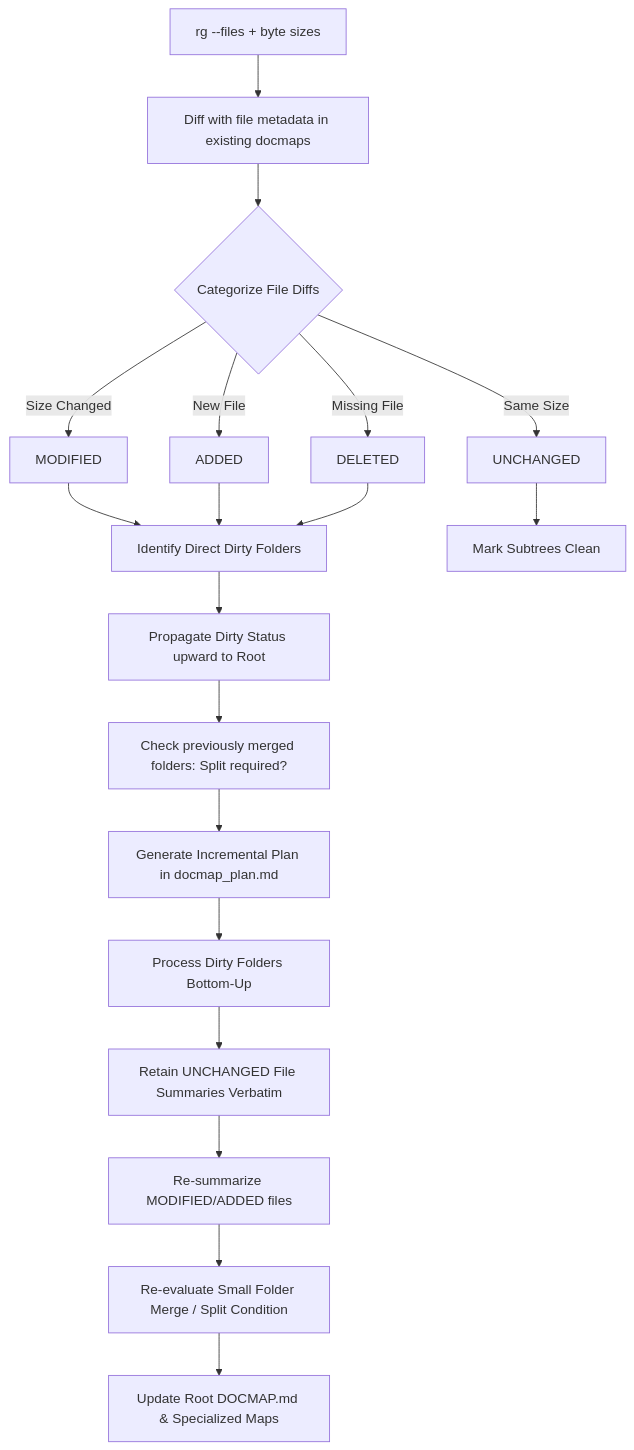
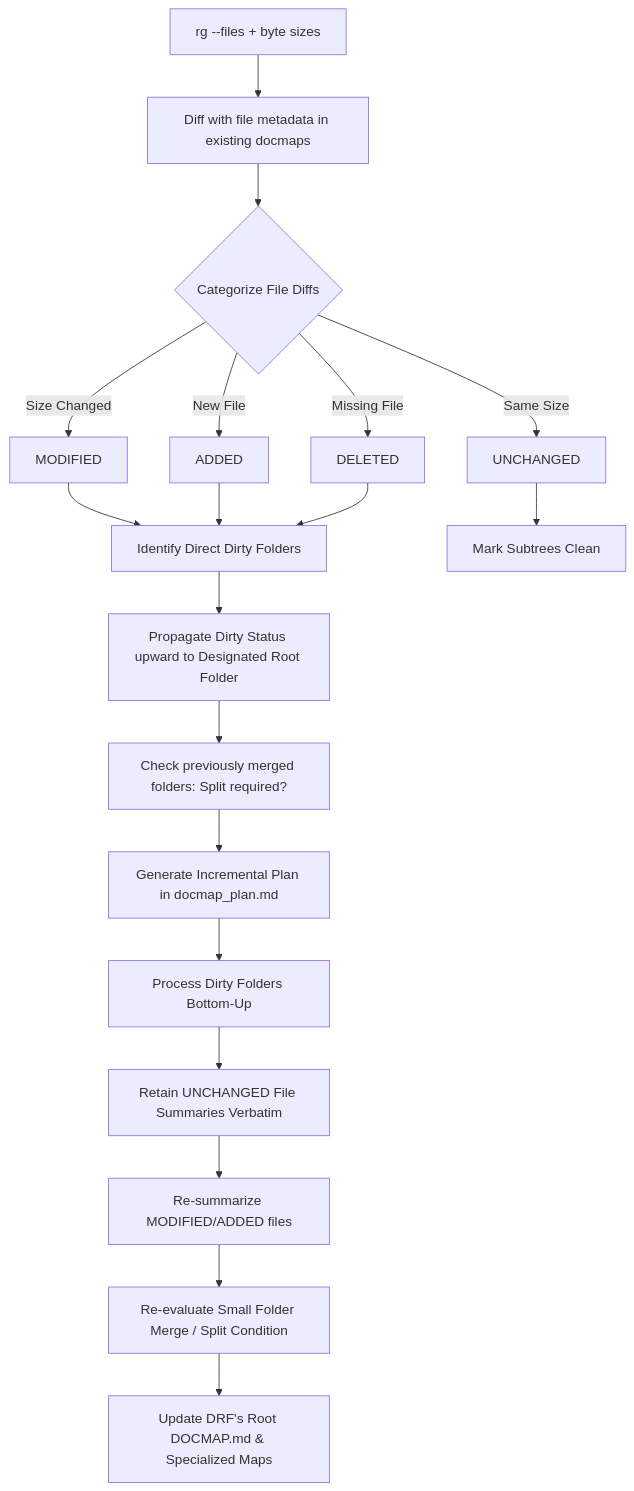
The third of 3 diagrams in docs/agentskills/repo-nav/repo-nav-design.md (nitinbhide/tcaitoolkit), drawn with Mermaid before and after one commit. The commit also changed other lines of this file and 2 other files, not shown here.

Commit message:
updating the specification and design document for multiple projects in a single repository and each Project with its own Root DOCMAP.

````diff
--- a/docs/agentskills/repo-nav/repo-nav-design.md
+++ b/docs/agentskills/repo-nav/repo-nav-design.md
@@ -258,22 +277,22 @@
 ```mermaid
 flowchart TD
     A[rg --files + byte sizes] --> B[Diff with file metadata in existing docmaps]
     B --> C{Categorize File Diffs}
     C -->|Size Changed| D[MODIFIED]
     C -->|New File| E[ADDED]
     C -->|Missing File| F[DELETED]
     C -->|Same Size| G[UNCHANGED]
     
     D & E & F --> H[Identify Direct Dirty Folders]
     G --> I[Mark Subtrees Clean]
     
-    H --> J[Propagate Dirty Status upward to Root]
+    H --> J[Propagate Dirty Status upward to Designated Root Folder]
     J --> K[Check previously merged folders: Split required?]
     K --> L[Generate Incremental Plan in docmap_plan.md]
     
     L --> M[Process Dirty Folders Bottom-Up]
     M --> N[Retain UNCHANGED File Summaries Verbatim]
     N --> O[Re-summarize MODIFIED/ADDED files]
     O --> P[Re-evaluate Small Folder Merge / Split Condition]
-    P --> Q[Update Root DOCMAP.md & Specialized Maps]
+    P --> Q[Update DRF's Root DOCMAP.md & Specialized Maps]
 ```
````
